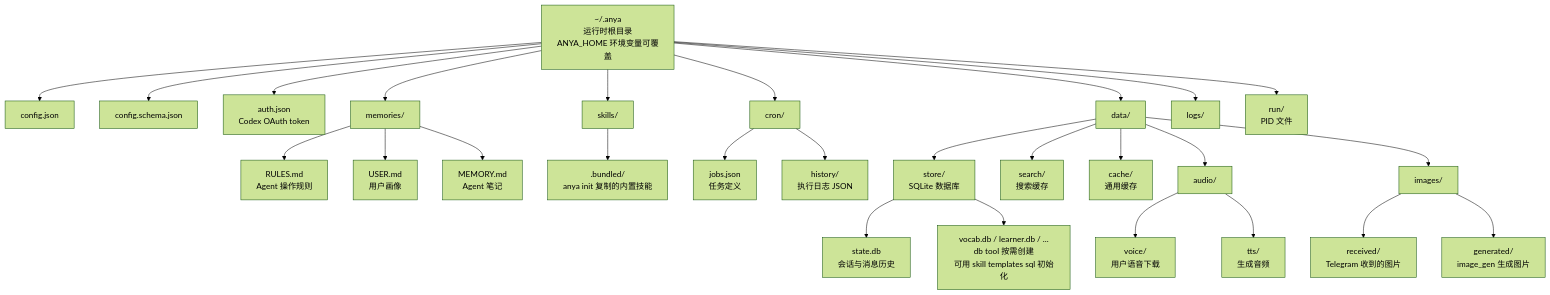
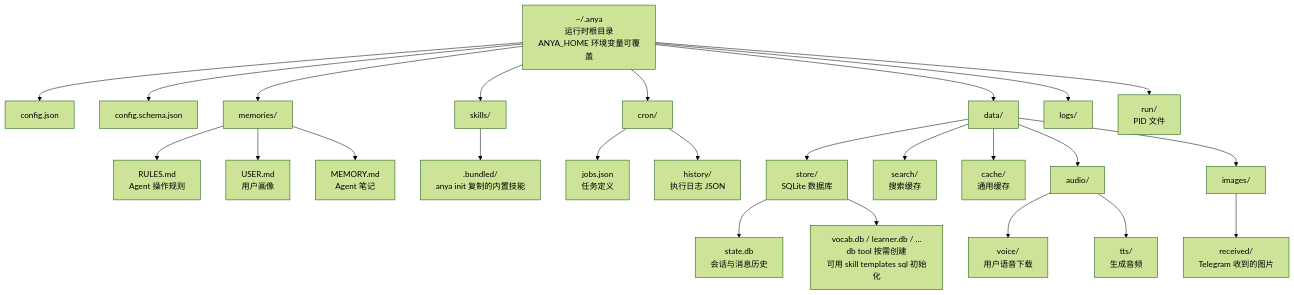
One commit to boltguo/anya changed diagram 13 of 13 in docs/architecture-diagrams.md. Above: the diagram before and after it, drawn with Mermaid (forest theme). The commit also changed other lines of this file and 48 other files, not shown here.

````diff
--- a/docs/architecture-diagrams.md
+++ b/docs/architecture-diagrams.md
@@ -401,36 +397,34 @@
 ```mermaid
 graph TD
   HOME["~/.anya\n运行时根目录\nANYA_HOME 环境变量可覆盖"] --> CFG["config.json"]
   HOME --> SCHEMA["config.schema.json"]
-  HOME --> AUTH["auth.json\nCodex OAuth token"]
   HOME --> MEM["memories/"]
   HOME --> SK["skills/"]
   HOME --> CRON["cron/"]
   HOME --> DATA["data/"]
   HOME --> LOGS["logs/"]
   HOME --> RUN["run/\nPID 文件"]
 
   MEM --> RULES["RULES.md\nAgent 操作规则"]
   MEM --> USER["USER.md\n用户画像"]
   MEM --> MEMORY["MEMORY.md\nAgent 笔记"]
 
   SK --> BUNDLED[".bundled/\nanya init 复制的内置技能"]
 
   CRON --> CJOBS["jobs.json\n任务定义"]
   CRON --> CHIST["history/\n执行日志 JSON"]
 
   DATA --> STORE["store/\nSQLite 数据库"]
   DATA --> SEARCH["search/\n搜索缓存"]
   DATA --> CACHE["cache/\n通用缓存"]
   DATA --> AUDIO["audio/"]
   DATA --> IMAGES["images/"]
 
   STORE --> STATEDB["state.db\n会话与消息历史"]
   STORE --> OTHERDB["vocab.db / learner.db / ...\ndb tool 按需创建\n可用 skill templates sql 初始化"]
 
   AUDIO --> AVOICE["voice/\n用户语音下载"]
   AUDIO --> ATTS["tts/\n生成音频"]
 
   IMAGES --> RECEIVED["received/\nTelegram 收到的图片"]
-  IMAGES --> GENERATED["generated/\nimage_gen 生成图片"]
 ```
````
